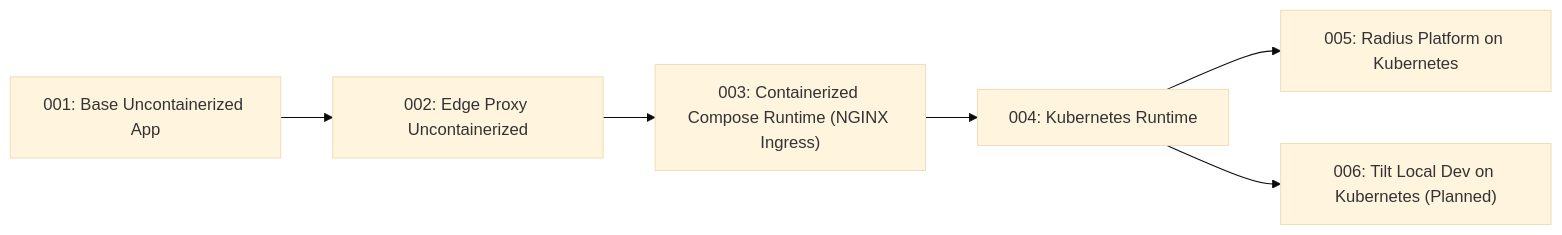
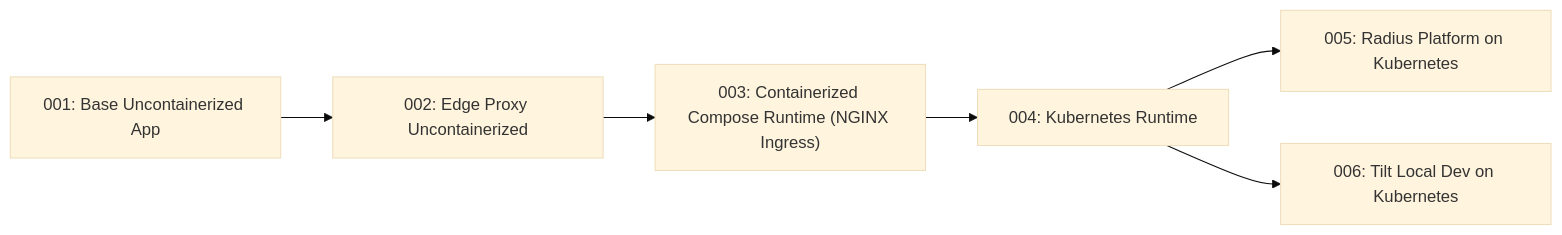
One commit to finos/traderX changed the first of 2 diagrams in docs/spec-kit/visual-learning-graphs.md. Above: the diagram before and after it, drawn with Mermaid (base theme). The commit also changed 25 other files, not shown here.

````diff
--- a/docs/spec-kit/visual-learning-graphs.md
+++ b/docs/spec-kit/visual-learning-graphs.md
@@ -11,15 +11,15 @@
 ```mermaid
 flowchart LR
   S001["001: Base Uncontainerized App"] --> S002["002: Edge Proxy Uncontainerized"]
   S002 --> S003["003: Containerized Compose Runtime (NGINX Ingress)"]
   S003 --> S004["004: Kubernetes Runtime"]
   S004 --> S005["005: Radius Platform on Kubernetes"]
-  S004 --> S006["006: Tilt Local Dev on Kubernetes (Planned)"]
+  S004 --> S006["006: Tilt Local Dev on Kubernetes"]
 
   click S001 href "/specs/baseline-uncontainerized-parity" "Open State 001 Spec Pack"
   click S002 href "/specs/edge-proxy-uncontainerized" "Open State 002 Spec Pack"
   click S003 href "/specs/containerized-compose-runtime" "Open State 003 Spec Pack"
   click S004 href "/specs/kubernetes-runtime" "Open State 004 Spec Pack"
   click S005 href "/specs/radius-kubernetes-platform" "Open State 005 Spec Pack"
   click S006 href "/specs/tilt-kubernetes-dev-loop" "Open State 006 Spec Pack"
 ```
````
